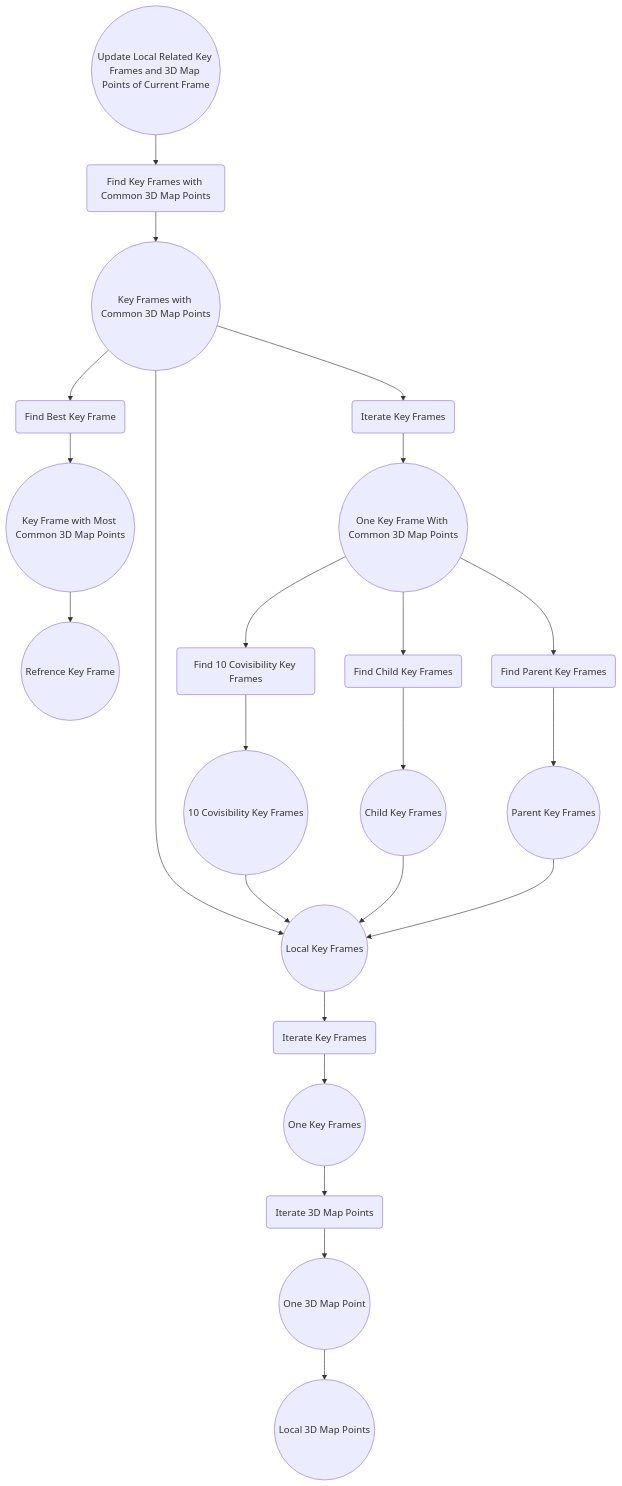
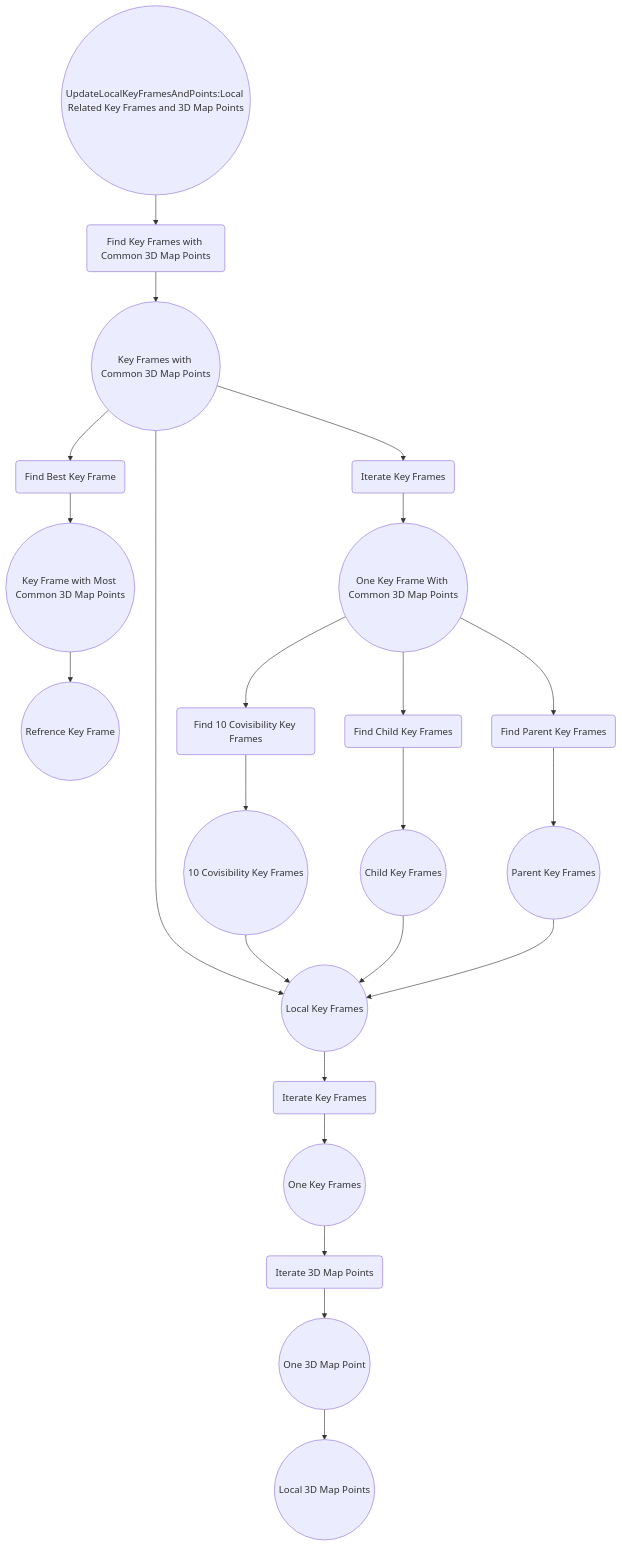
Before and after one commit to huang-yuefeng/3DComputerVision: the ninth of 9 diagrams in Track.md, drawn with Mermaid. The commit also changed other lines of this file, not shown here.

````diff
--- a/Track.md
+++ b/Track.md
@@ -216,29 +216,29 @@
 ```mermaid 
 		graph TD
-			UpdateLocalKeyFrames((Update Local Related Key Frames and 3D Map Points of Current Frame)) --> FindCovisibilityKeyFrame(Find Key Frames with Common 3D Map Points)
+			UpdateLocalKeyFrames((UpdateLocalKeyFramesAndPoints:Local Related Key Frames and 3D Map Points)) --> FindCovisibilityKeyFrame(Find Key Frames with Common 3D Map Points)
 			FindCovisibilityKeyFrame --> KeyFramesWithCommonMP((Key Frames with Common 3D Map Points))
 			KeyFramesWithCommonMP --> FindMaxKF(Find Best Key Frame)
 			FindMaxKF --> MaxKF((Key Frame with Most Common 3D Map Points))
 			MaxKF --> RefrenceKF((Refrence Key Frame))
 
 			KeyFramesWithCommonMP --> IterateKeyFrames(Iterate Key Frames)
 			IterateKeyFrames --> OneKFWithCommonMP((One Key Frame With Common 3D Map Points))
 			OneKFWithCommonMP --> FindCovisibilityKF(Find 10 Covisibility Key Frames)
 			FindCovisibilityKF --> 10CovisibilityKF((10 Covisibility Key Frames))
 			OneKFWithCommonMP --> FindChildKF(Find Child Key Frames)
 			FindChildKF --> ChildKF((Child Key Frames))
 			OneKFWithCommonMP --> FindParentKF(Find Parent Key Frames)
 			FindParentKF --> ParentKF((Parent Key Frames))
 			
 			KeyFramesWithCommonMP --> LocalKF((Local Key Frames))
 			10CovisibilityKF --> LocalKF
 			ChildKF --> LocalKF
 			ParentKF --> LocalKF
 			
 			
 			LocalKF((Local Key Frames)) --> IterateKF(Iterate Key Frames)
 			IterateKF --> OneKF((One Key Frames))
 			OneKF --> IterateMP(Iterate 3D Map Points)
 			IterateMP --> OneMP((One 3D Map Point))
 			OneMP --> LocalMapPoints((Local 3D Map Points))
 ```
````
